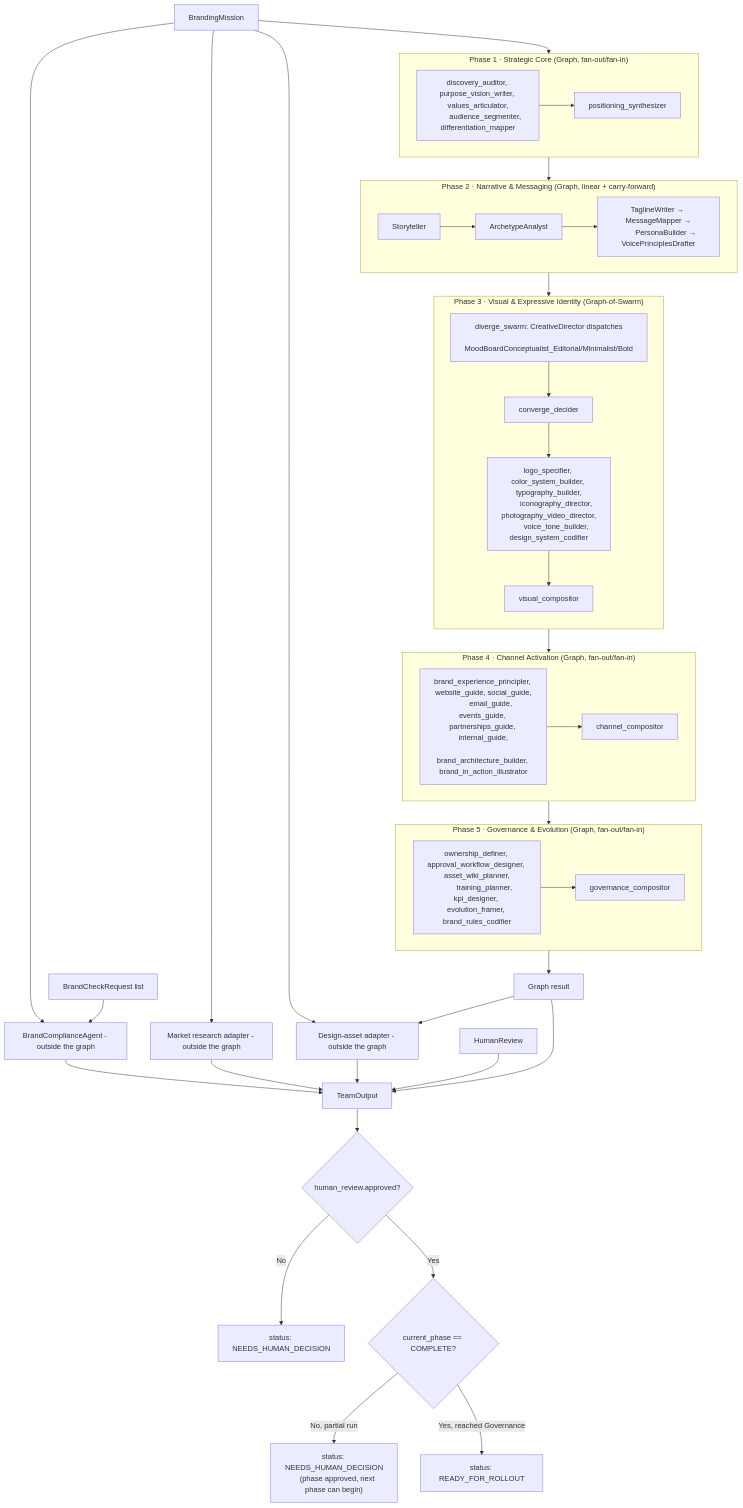
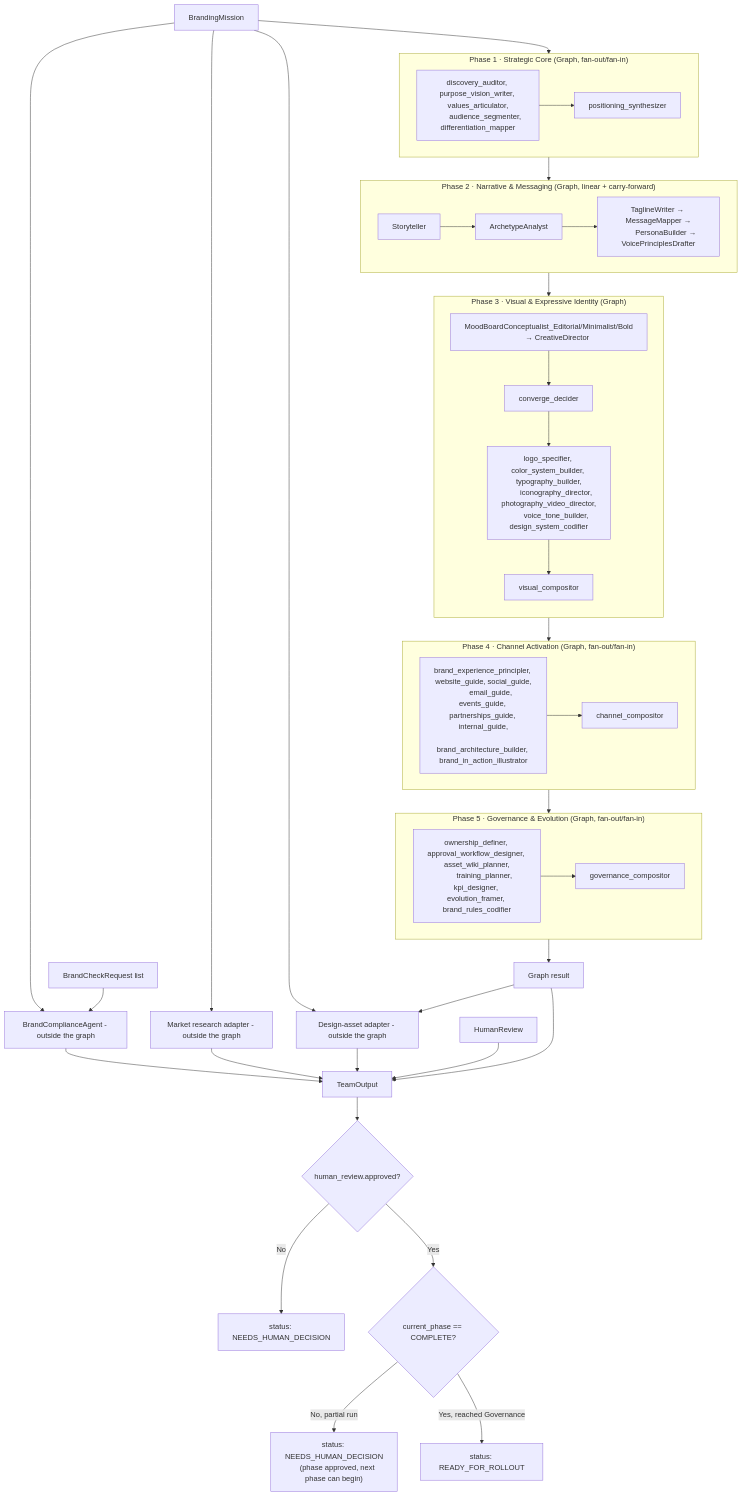
The first of 3 diagrams in backend/agents/branding_team/README.md (brandonkindred/Khala-Agentic-AI-Teams), drawn with Mermaid before and after one commit. The commit also changed other lines of this file and 4 other files, not shown here.

````diff
--- a/backend/agents/branding_team/README.md
+++ b/backend/agents/branding_team/README.md
@@ -41,69 +41,69 @@
 ```mermaid
 flowchart TB
     Mission[BrandingMission] --> P1
 
     subgraph P1 ["Phase 1 · Strategic Core (Graph, fan-out/fan-in)"]
         direction LR
         P1nodes["discovery_auditor, purpose_vision_writer, values_articulator,
         audience_segmenter, differentiation_mapper"] --> P1join[positioning_synthesizer]
     end
 
     P1 --> P2
 
     subgraph P2 ["Phase 2 · Narrative & Messaging (Graph, linear + carry-forward)"]
         direction LR
         P2a[Storyteller] --> P2b[ArchetypeAnalyst]
         P2b --> P2rest["TaglineWriter → MessageMapper →
         PersonaBuilder → VoicePrinciplesDrafter"]
     end
 
     P2 --> P3
 
-    subgraph P3 ["Phase 3 · Visual & Expressive Identity (Graph-of-Swarm)"]
+    subgraph P3 ["Phase 3 · Visual & Expressive Identity (Graph)"]
         direction TB
-        P3swarm["diverge_swarm: CreativeDirector dispatches
-        MoodBoardConceptualist_Editorial/Minimalist/Bold"] --> P3conv[converge_decider]
+        P3diverge["MoodBoardConceptualist_Editorial/Minimalist/Bold
+        → CreativeDirector"] --> P3conv[converge_decider]
         P3conv --> P3fan["logo_specifier, color_system_builder, typography_builder,
         iconography_director, photography_video_director,
         voice_tone_builder, design_system_codifier"]
         P3fan --> P3comp[visual_compositor]
     end
 
     P3 --> P4
 
     subgraph P4 ["Phase 4 · Channel Activation (Graph, fan-out/fan-in)"]
         direction LR
         P4nodes["brand_experience_principler, website_guide, social_guide,
         email_guide, events_guide, partnerships_guide, internal_guide,
         brand_architecture_builder, brand_in_action_illustrator"] --> P4join[channel_compositor]
     end
 
     P4 --> P5
 
     subgraph P5 ["Phase 5 · Governance & Evolution (Graph, fan-out/fan-in)"]
         direction LR
         P5nodes["ownership_definer, approval_workflow_designer, asset_wiki_planner,
         training_planner, kpi_designer, evolution_framer, brand_rules_codifier"] --> P5join[governance_compositor]
     end
 
     P5 --> GraphResult[Graph result]
 
     Mission --> Compliance[BrandComplianceAgent - outside the graph]
     BrandChecks[BrandCheckRequest list] --> Compliance
     Mission --> MarketResearch[Market research adapter - outside the graph]
     Mission --> DesignAssets[Design-asset adapter - outside the graph]
     GraphResult --> DesignAssets
 
     GraphResult --> TeamOutput[TeamOutput]
     Compliance --> TeamOutput
     MarketResearch --> TeamOutput
     DesignAssets --> TeamOutput
     HumanReview[HumanReview] --> TeamOutput
 
     TeamOutput --> Approved{human_review.approved?}
     Approved -->|No| NeedsHuman[status: NEEDS_HUMAN_DECISION]
     Approved -->|Yes| Complete{current_phase == COMPLETE?}
     Complete -->|No, partial run| PhaseApproved["status: NEEDS_HUMAN_DECISION
     (phase approved, next phase can begin)"]
     Complete -->|Yes, reached Governance| Ready[status: READY_FOR_ROLLOUT]
 ```
````
